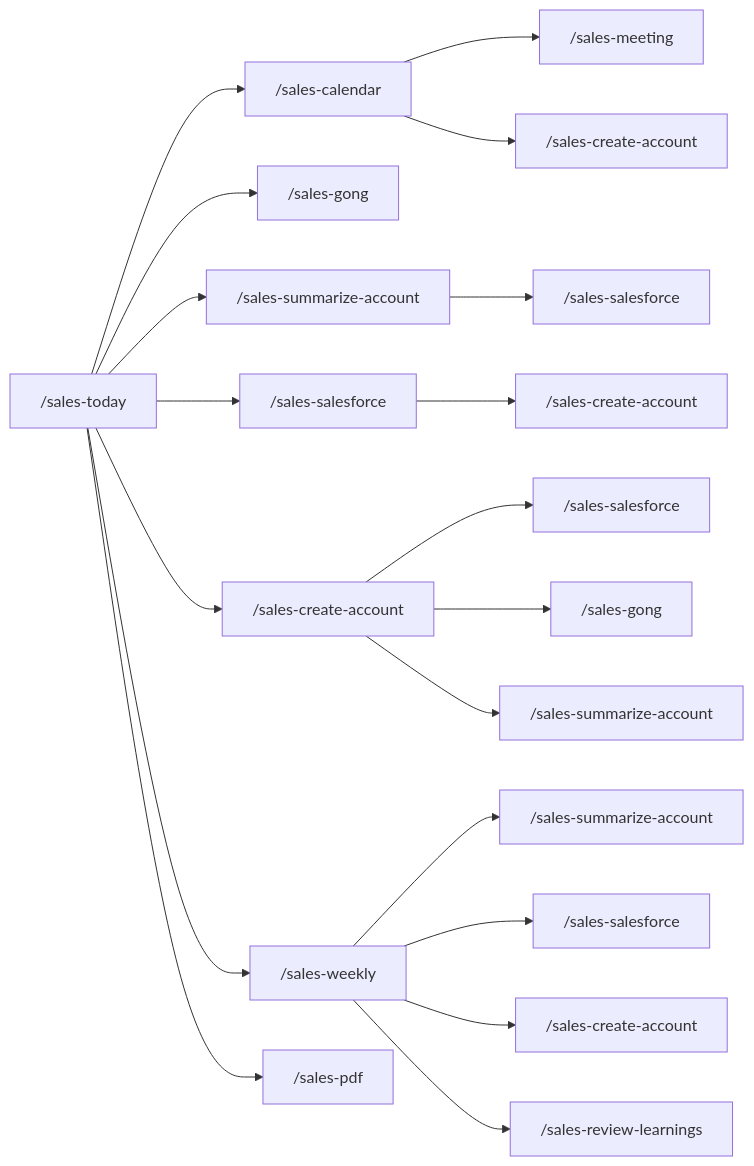
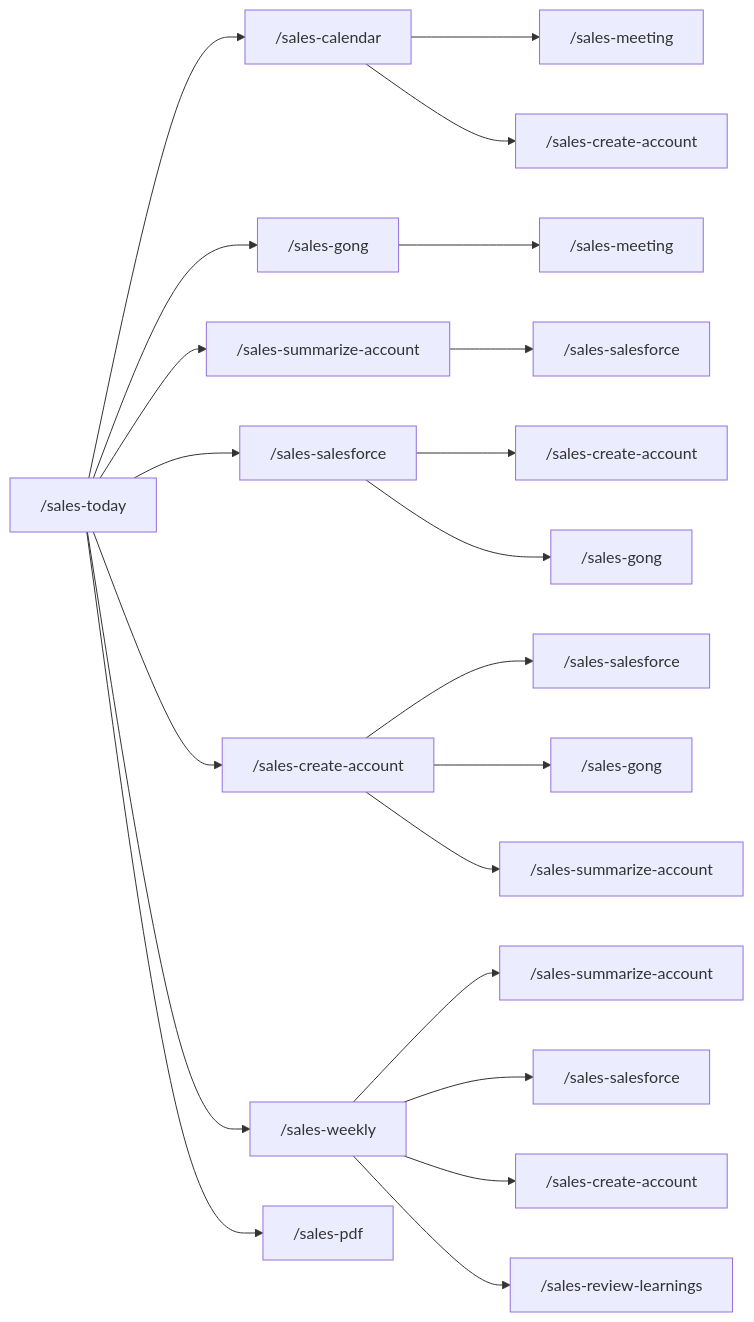
Before and after one commit to yeutterg/claude-code-sales-skills: the diagram in README.md, drawn with Mermaid. The commit also changed other lines of this file and 3 other files, not shown here.

Commit message:
sync: feat(sales-salesforce): add mapping mode for SE assignment reports

````diff
--- a/README.md
+++ b/README.md
@@ -224,22 +225,24 @@
 ```mermaid
 graph LR
     today["/sales-today"] --> calendar["/sales-calendar"]
     today --> gong1["/sales-gong"]
     today --> summarize1["/sales-summarize-account"]
     today --> salesforce1["/sales-salesforce"]
     today --> create1["/sales-create-account"]
     today --> weekly["/sales-weekly"]
     today --> pdf["/sales-pdf"]
 
     calendar --> meeting1["/sales-meeting"]
     calendar --> create2["/sales-create-account"]
+    gong1 --> meeting2["/sales-meeting"]
     weekly --> summarize2["/sales-summarize-account"]
     weekly --> salesforce2["/sales-salesforce"]
     weekly --> create3["/sales-create-account"]
     weekly --> review["/sales-review-learnings"]
     create1 --> salesforce3["/sales-salesforce"]
     create1 --> gong2["/sales-gong"]
     create1 --> summarize3["/sales-summarize-account"]
     summarize1 --> salesforce4["/sales-salesforce"]
     salesforce1 --> create4["/sales-create-account"]
+    salesforce1 --> gong3["/sales-gong"]
 ```
````
